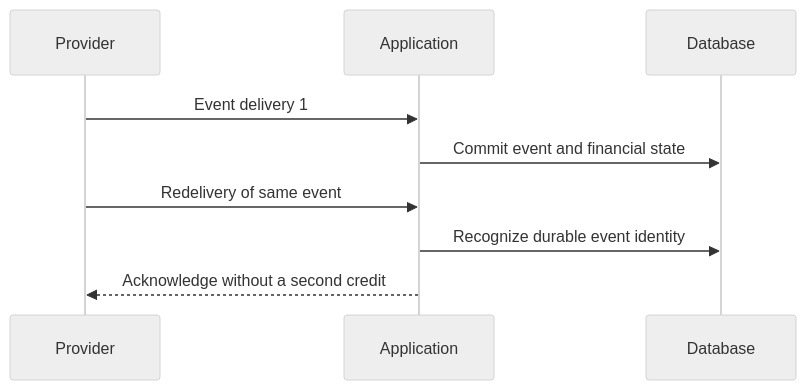
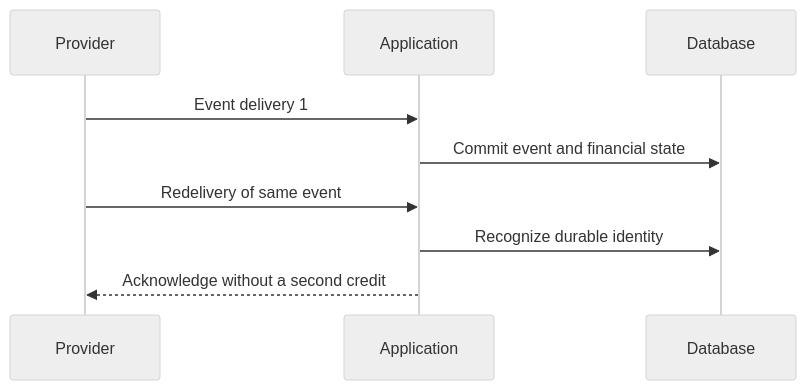
One commit to therealEmma/BachsProof changed the diagram in docs/concepts/webhooks.mdx. Above: the diagram before and after it, drawn with Mermaid (neutral theme). The commit also changed other lines of this file and 180 other files, not shown here.

````diff
--- a/docs/concepts/webhooks.mdx
+++ b/docs/concepts/webhooks.mdx
@@ -23,12 +33,11 @@
 ```mermaid
 sequenceDiagram
   participant P as Provider
   participant A as Application
   participant D as Database
-
   P->>A: Event delivery 1
   A->>D: Commit event and financial state
   P->>A: Redelivery of same event
-  A->>D: Recognize durable event identity
+  A->>D: Recognize durable identity
   A-->>P: Acknowledge without a second credit
 ```
````
